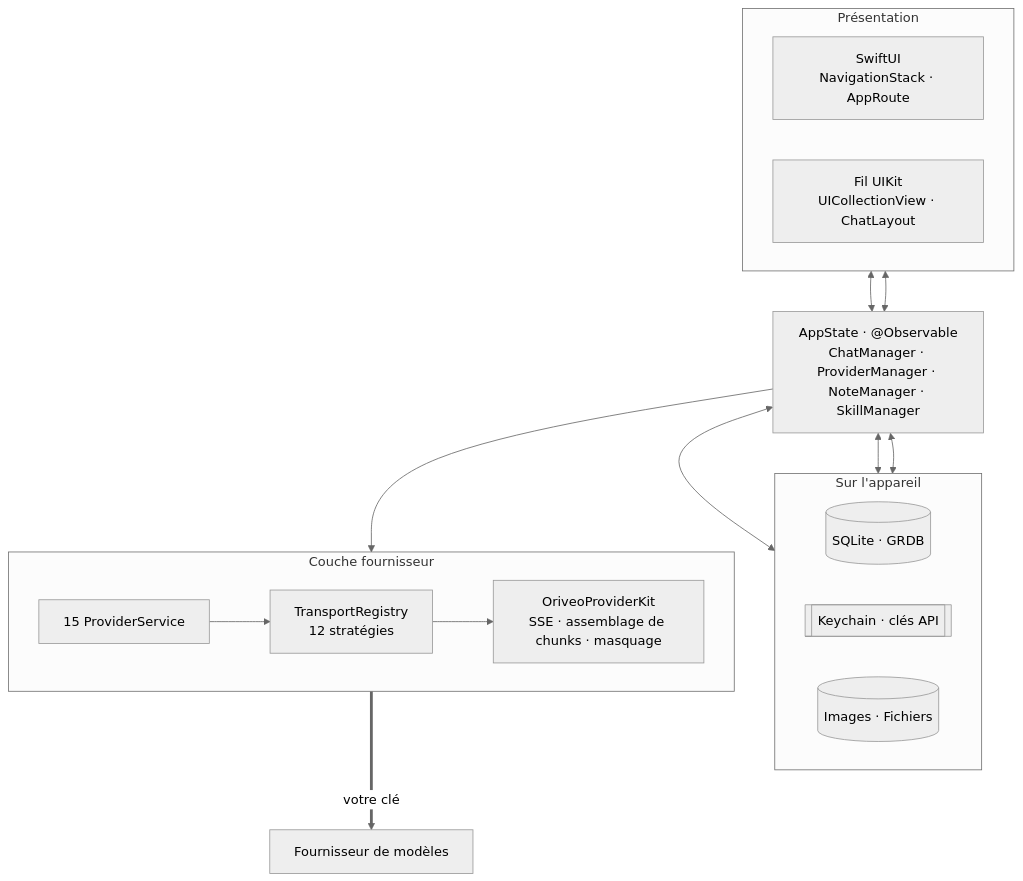
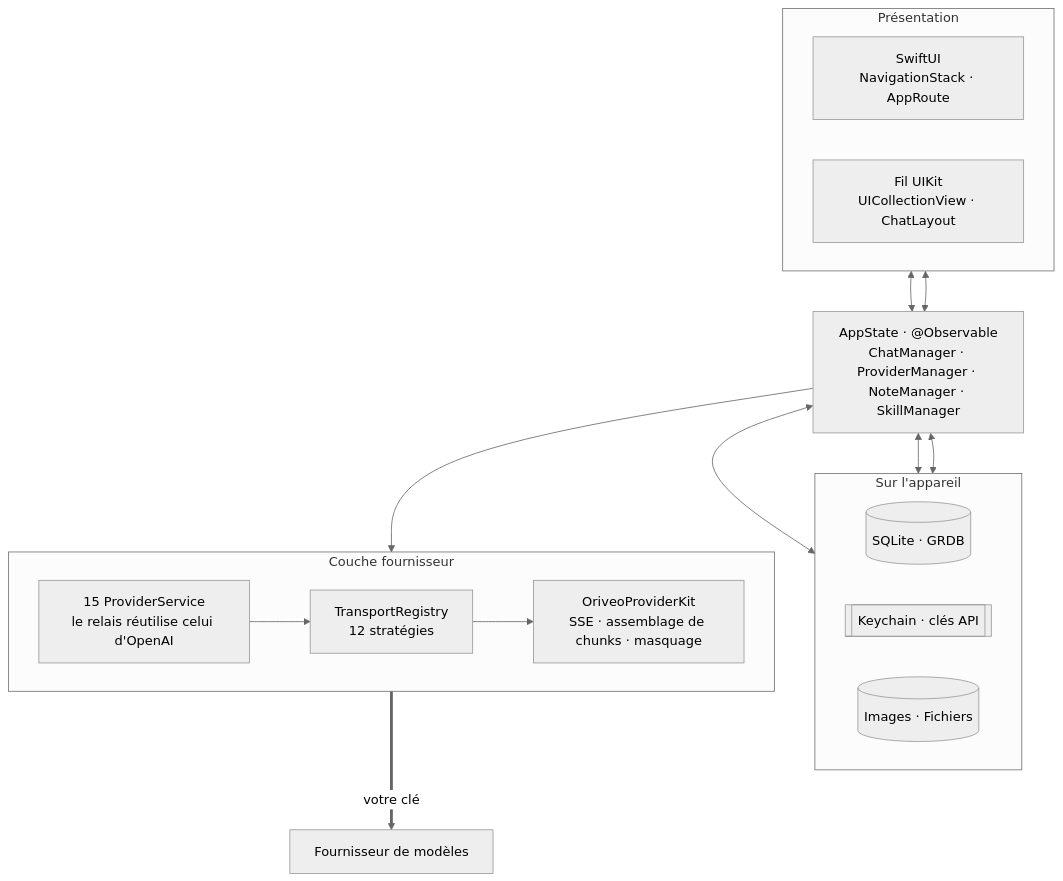
The first of 2 diagrams in readme_i18n/fr/ios.md (oriveo/oriveo), drawn with Mermaid (neutral theme) before and after one commit. The commit also changed other lines of this file and 19 other files, not shown here.

````diff
--- a/readme_i18n/fr/ios.md
+++ b/readme_i18n/fr/ios.md
@@ -47,30 +47,30 @@
 ```mermaid
 flowchart TB
     subgraph ui ["Présentation"]
         direction LR
         swiftui["SwiftUI<br/>NavigationStack · AppRoute"]
         uikit["Fil UIKit<br/>UICollectionView · ChatLayout"]
     end
 
     appstate["AppState · @Observable<br/>ChatManager · ProviderManager · NoteManager · SkillManager"]
 
     subgraph store ["Sur l'appareil"]
         direction LR
         grdb[("SQLite · GRDB")]
         keychain[["Keychain · clés API"]]
         files[("Images · Fichiers")]
     end
 
     subgraph provider ["Couche fournisseur"]
         direction LR
-        services["15 ProviderService"]
+        services["15 ProviderService<br/>le relais réutilise celui d'OpenAI"]
         transports["TransportRegistry<br/>12 stratégies"]
         kit["OriveoProviderKit<br/>SSE · assemblage de chunks · masquage"]
     end
 
     swiftui & uikit <--> appstate
     appstate <--> grdb & keychain & files
     appstate --> services
     services --> transports --> kit
     kit ==>|"votre clé"| up["Fournisseur de modèles"]
 ```
````
